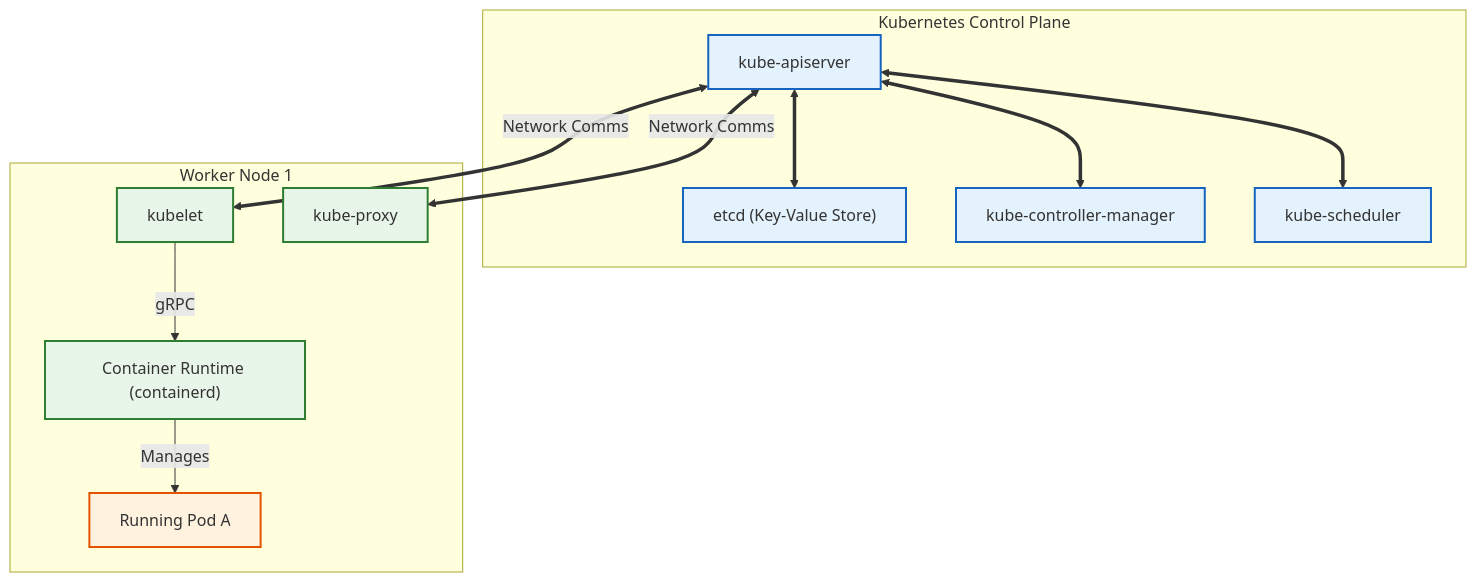
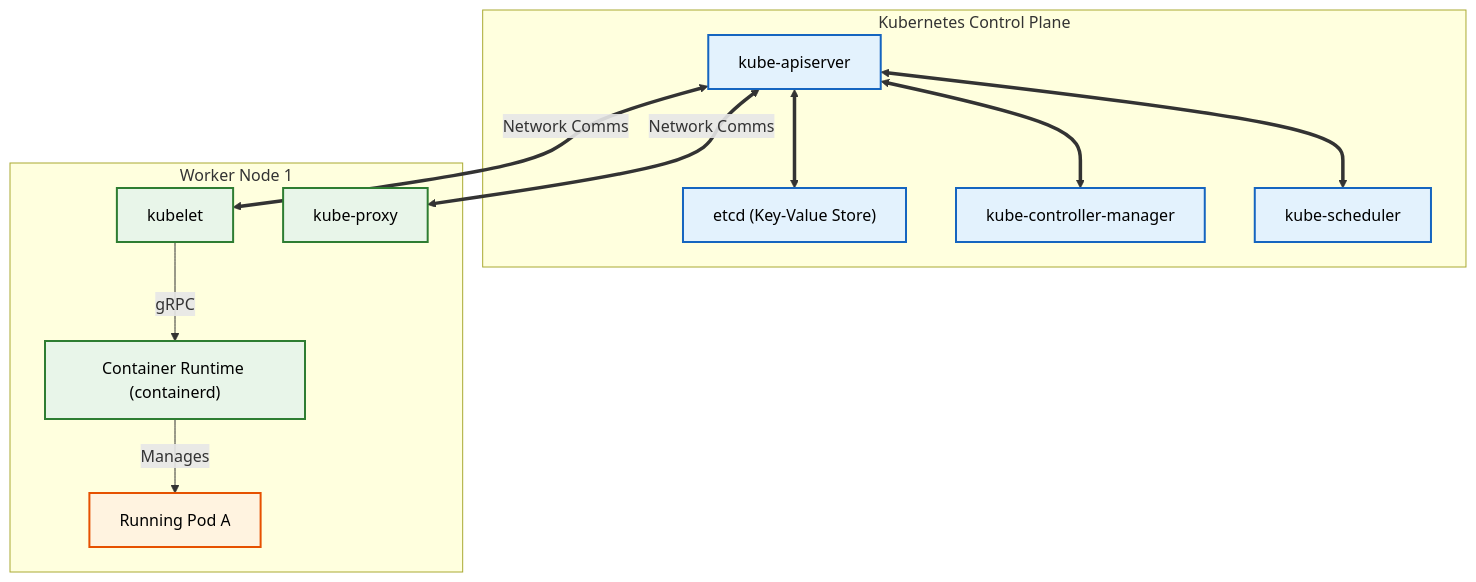
Before and after one commit to aloysiuspattath/platform-engineering-ai-course: the diagram in courses/platform-engineering/modules/module-10/lesson-01.md, drawn with Mermaid. The commit also changed 53 other files, not shown here.

Commit message:
fix: enforce high-contrast black text on mermaid diagram fills for dark mode readability

````diff
--- a/courses/platform-engineering/modules/module-10/lesson-01.md
+++ b/courses/platform-engineering/modules/module-10/lesson-01.md
@@ -125,33 +125,33 @@
 ```mermaid
 flowchart TD
-    classDef control fill:#e3f2fd,stroke:#1565c0,stroke-width:2px;
-    classDef worker fill:#e8f5e9,stroke:#2e7d32,stroke-width:2px;
-    classDef container fill:#fff3e0,stroke:#e65100,stroke-width:2px;
+    classDef control fill:#e3f2fd,stroke:#1565c0,stroke-width:2px,color:#000000;
+    classDef worker fill:#e8f5e9,stroke:#2e7d32,stroke-width:2px,color:#000000;
+    classDef container fill:#fff3e0,stroke:#e65100,stroke-width:2px,color:#000000;
 
     subgraph ControlPlane [Kubernetes Control Plane]
         API["kube-apiserver"]
         ETCD["etcd (Key-Value Store)"]
         CTRL["kube-controller-manager"]
         SCHED["kube-scheduler"]
         
         API <==> ETCD
         API <==> CTRL
         API <==> SCHED
     end
 
     subgraph WorkerNode1 [Worker Node 1]
         KLET1["kubelet"]
         KPRX1["kube-proxy"]
         CRI1["Container Runtime (containerd)"]
         POD1["Running Pod A"]
         
         API <==>|Network Comms| KLET1
         API <==>|Network Comms| KPRX1
         KLET1 -->|gRPC| CRI1
         CRI1 -->|Manages| POD1
     end
 
     class API,ETCD,CTRL,SCHED control;
     class KLET1,KPRX1,CRI1 worker;
     class POD1 container;
 ```
````
